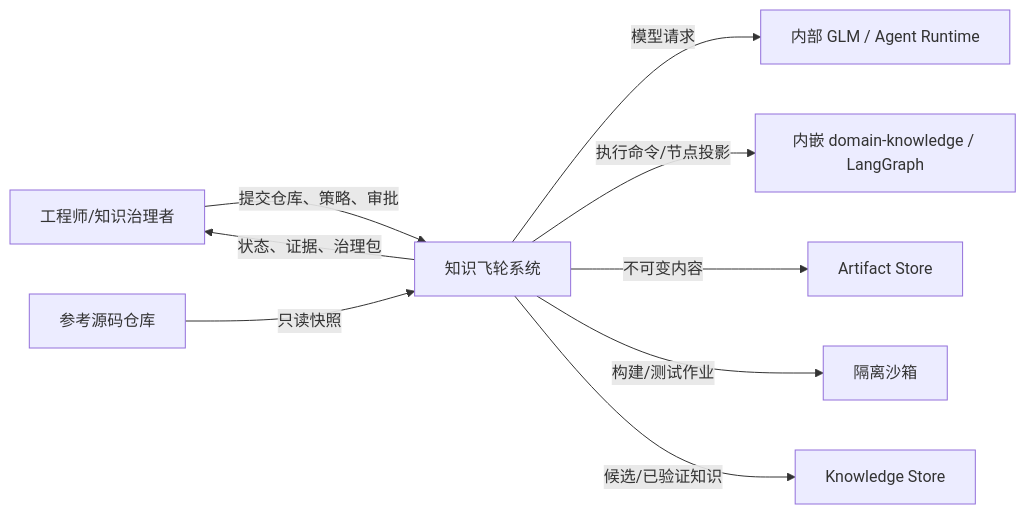
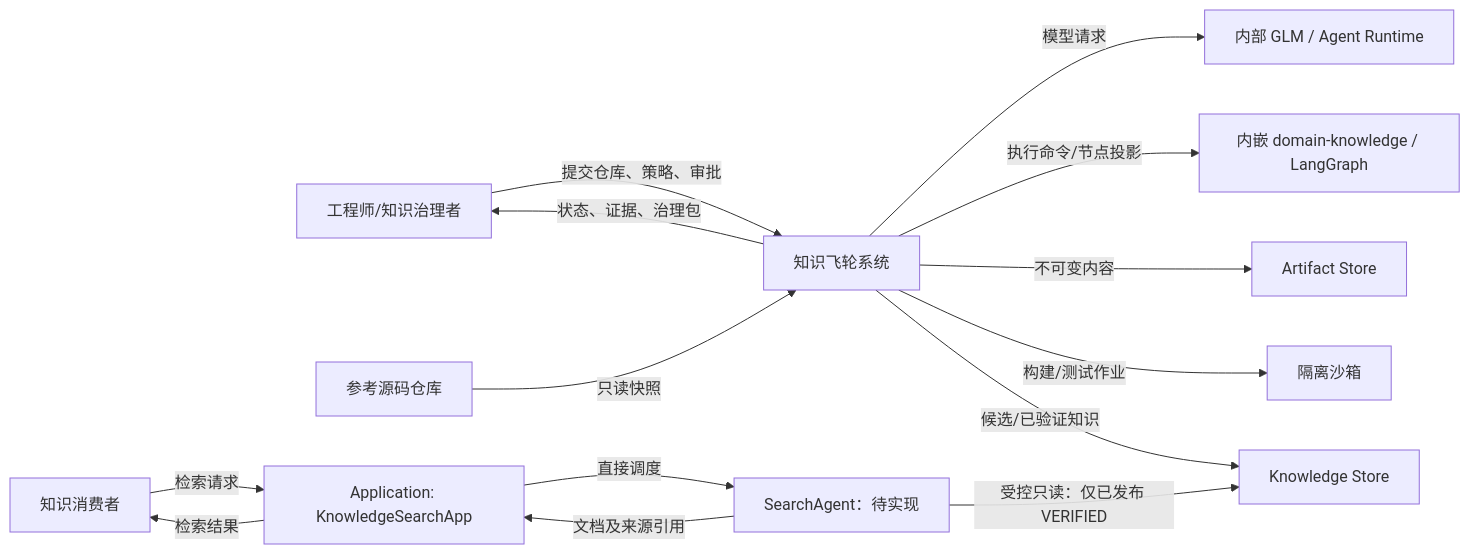
The first of 2 diagrams in specs/02-architecture/system-context.md (linlisWorkTeam/domain-knowledge), drawn with Mermaid before and after one commit. The commit also changed other lines of this file and 19 other files, not shown here.

Commit message:
docs: define application-dispatched SearchAgent and retrieval flow

````diff
--- a/specs/02-architecture/system-context.md
+++ b/specs/02-architecture/system-context.md
@@ -5,11 +5,16 @@
 ```mermaid
 flowchart LR
   U[工程师/知识治理者] -->|提交仓库、策略、审批| F[知识飞轮系统]
   F -->|状态、证据、治理包| U
   R[参考源码仓库] -->|只读快照| F
   F -->|模型请求| M[内部 GLM / Agent Runtime]
   F -->|执行命令/节点投影| W[内嵌 domain-knowledge / LangGraph]
   F -->|不可变内容| A[Artifact Store]
   F -->|构建/测试作业| S[隔离沙箱]
   F -->|候选/已验证知识| K[Knowledge Store]
+  C[知识消费者] -->|检索请求| Q[Application: KnowledgeSearchApp]
+  Q -->|直接调度| SA[SearchAgent：待实现]
+  SA -->|受控只读：仅已发布 VERIFIED| K
+  SA -->|文档及来源引用| Q
+  Q -->|检索结果| C
 ```
````
